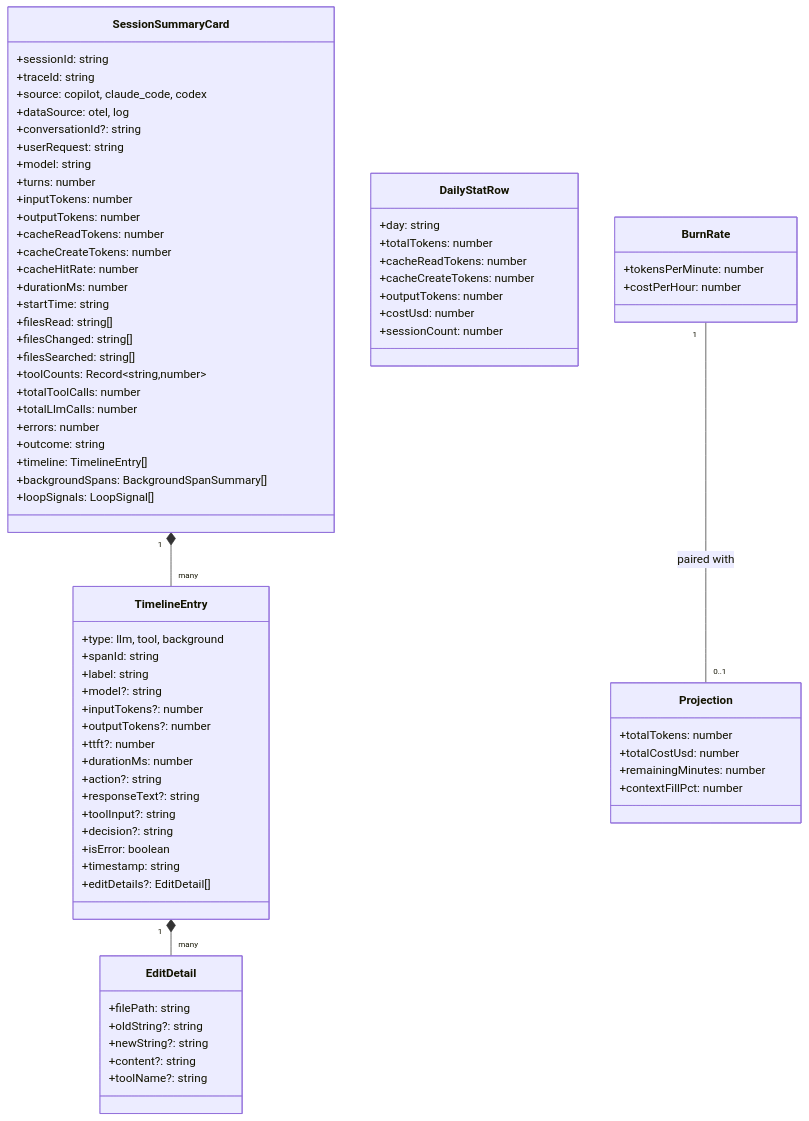
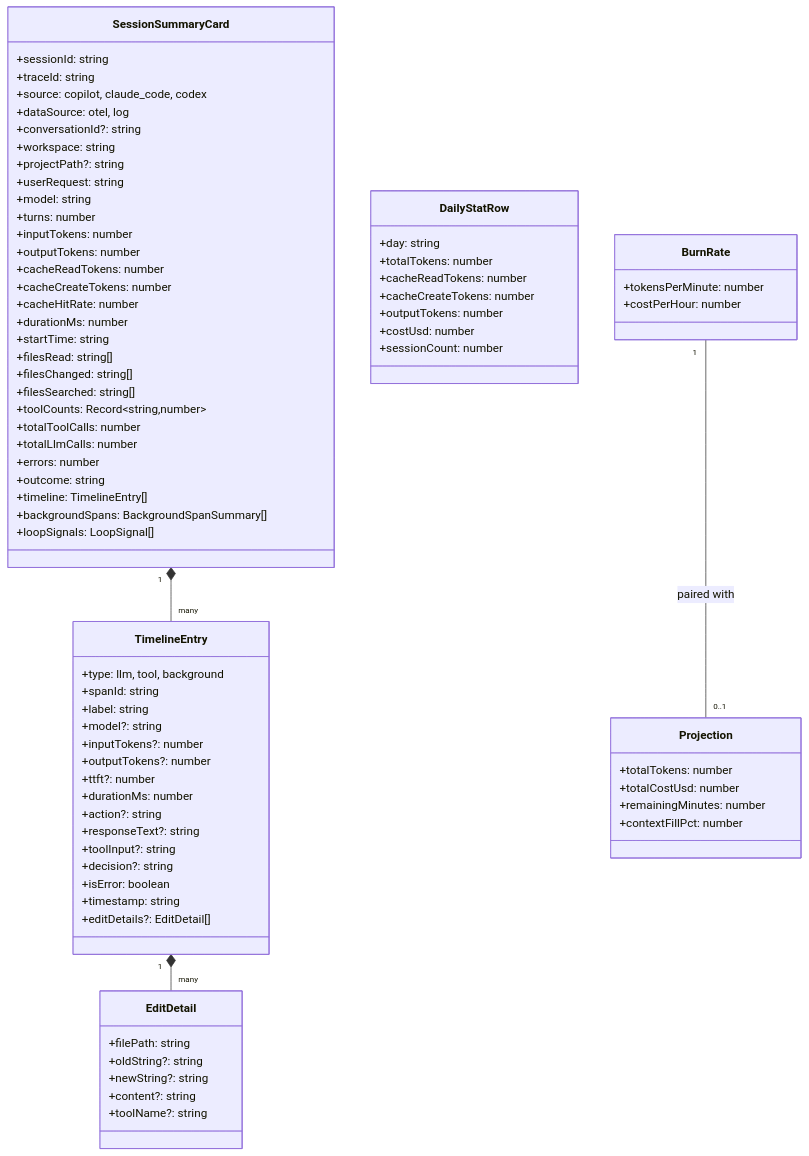
One commit to RogerReed/agentlens changed diagram 12 of 19 in ARCHITECTURE.md. Above: the diagram before and after it, drawn with Mermaid. The commit also changed other lines of this file and 17 other files, not shown here.

```diff
--- a/ARCHITECTURE.md
+++ b/ARCHITECTURE.md
@@ -566,6 +567,8 @@
         +source: copilot, claude_code, codex
         +dataSource: otel, log
         +conversationId?: string
+        +workspace: string
+        +projectPath?: string
         +userRequest: string
         +model: string
         +turns: number
```
